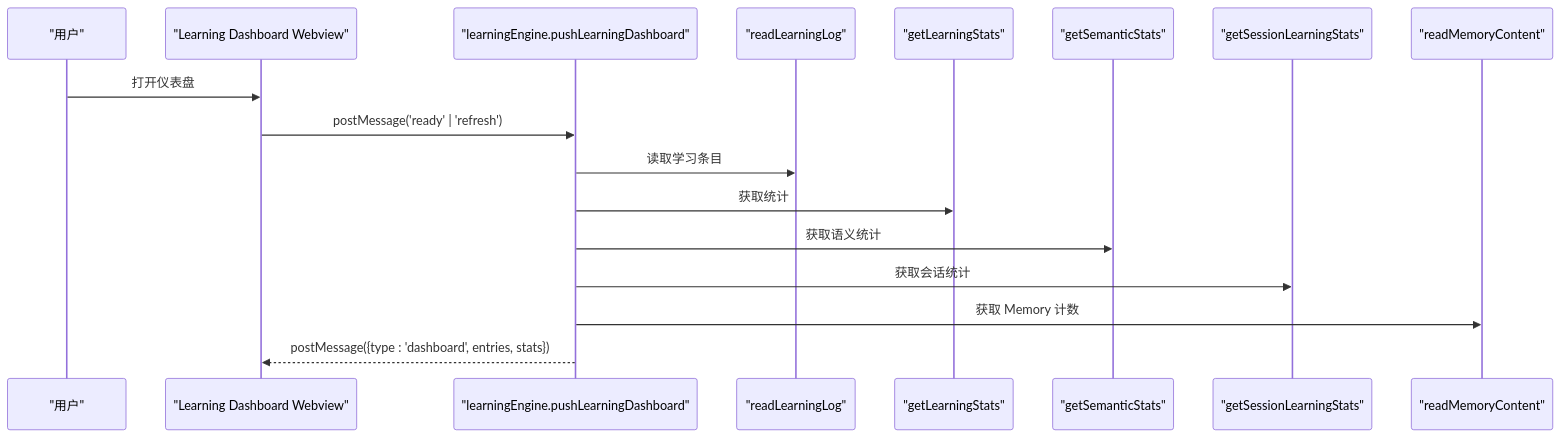
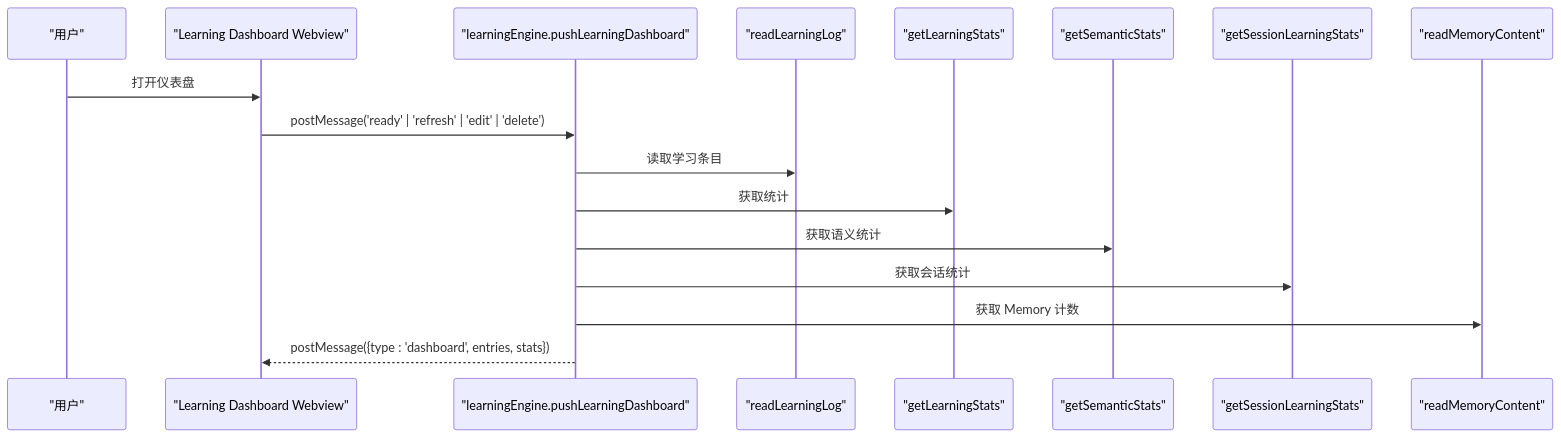
Before and after one commit to sofate798/KodrixCode: the fifth of 8 diagrams in .qoder/repowiki/zh/content/Agent 操作系统/Memory 记忆系统/Learning Engine 学习引擎.md, drawn with Mermaid. The commit also changed other lines of this file and 84 other files, not shown here.

````diff
--- a/.qoder/repowiki/zh/content/Agent 操作系统/Memory 记忆系统/Learning Engine 学习引擎.md
+++ b/.qoder/repowiki/zh/content/Agent 操作系统/Memory 记忆系统/Learning Engine 学习引擎.md
@@ -220,19 +233,19 @@
 ```mermaid
 sequenceDiagram
 participant User as "用户"
 participant Panel as "Learning Dashboard Webview"
 participant LE as "learningEngine.pushLearningDashboard"
 participant Log as "readLearningLog"
 participant Stats as "getLearningStats"
 participant Sem as "getSemanticStats"
 participant Sess as "getSessionLearningStats"
 participant Mem as "readMemoryContent"
 User->>Panel : 打开仪表盘
-Panel->>LE : postMessage('ready' | 'refresh')
+Panel->>LE : postMessage('ready' | 'refresh' | 'edit' | 'delete')
 LE->>Log : 读取学习条目
 LE->>Stats : 获取统计
 LE->>Sem : 获取语义统计
 LE->>Sess : 获取会话统计
 LE->>Mem : 获取 Memory 计数
 LE-->>Panel : postMessage({type : 'dashboard', entries, stats})
 ```
````
